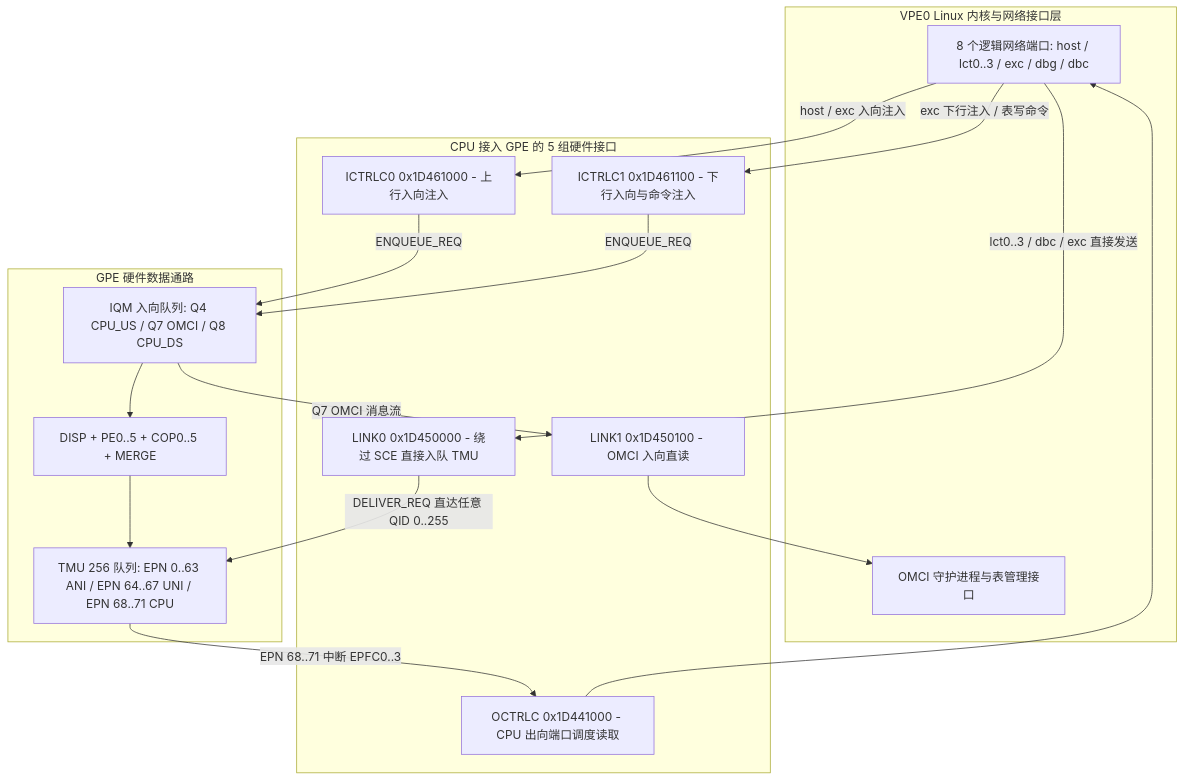
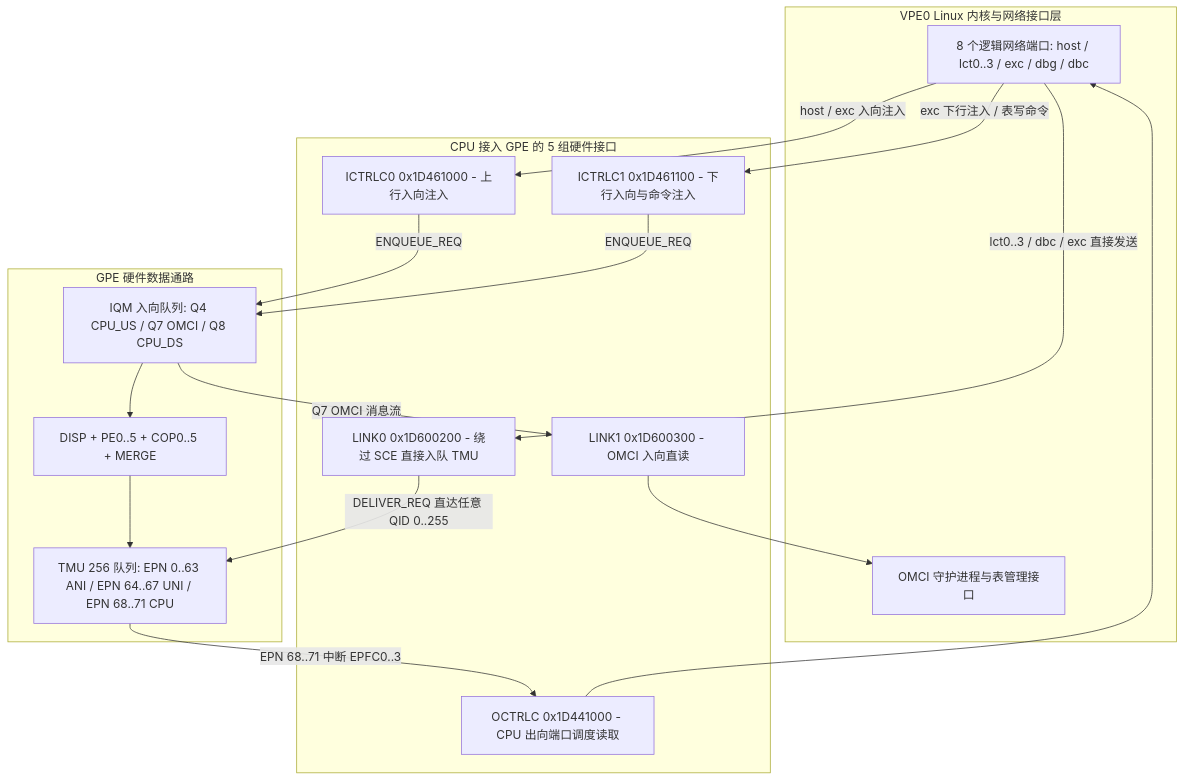
The fourth of 5 diagrams in 08_data_flow/05_cpu_tap_and_mgmt_path.md (difanz/lantiq-falcon-s-docs), drawn with Mermaid before and after one commit. The commit also changed other lines of this file and 52 other files, not shown here.

````diff
--- a/08_data_flow/05_cpu_tap_and_mgmt_path.md
+++ b/08_data_flow/05_cpu_tap_and_mgmt_path.md
@@ -176,31 +176,31 @@
 ```mermaid
 flowchart TD
     subgraph CPU_HOST["VPE0 Linux 内核与网络接口层"]
         NETDEV["8 个逻辑网络端口: host / lct0..3 / exc / dbg / dbc"]
         OMCI_APP["OMCI 守护进程与表管理接口"]
     end
 
     subgraph CPU_HW_IF["CPU 接入 GPE 的 5 组硬件接口"]
         ICTRLC0["ICTRLC0 0x1D461000 - 上行入向注入"]
         ICTRLC1["ICTRLC1 0x1D461100 - 下行入向与命令注入"]
-        LINK0["LINK0 0x1D450000 - 绕过 SCE 直接入队 TMU"]
-        LINK1["LINK1 0x1D450100 - OMCI 入向直读"]
+        LINK0["LINK0 0x1D600200 - 绕过 SCE 直接入队 TMU"]
+        LINK1["LINK1 0x1D600300 - OMCI 入向直读"]
         OCTRLC["OCTRLC 0x1D441000 - CPU 出向端口调度读取"]
     end
 
     subgraph GPE_CORE["GPE 硬件数据通路"]
         IQM_BLK["IQM 入向队列: Q4 CPU_US / Q7 OMCI / Q8 CPU_DS"]
         SCE_BLK["DISP + PE0..5 + COP0..5 + MERGE"]
         TMU_BLK["TMU 256 队列: EPN 0..63 ANI / EPN 64..67 UNI / EPN 68..71 CPU"]
     end
 
     NETDEV -->|host / exc 入向注入| ICTRLC0
     NETDEV -->|exc 下行注入 / 表写命令| ICTRLC1
     NETDEV -->|lct0..3 / dbc / exc 直接发送| LINK0
     ICTRLC0 -->|ENQUEUE_REQ| IQM_BLK
     ICTRLC1 -->|ENQUEUE_REQ| IQM_BLK
     IQM_BLK --> SCE_BLK --> TMU_BLK
     LINK0 -->|DELIVER_REQ 直达任意 QID 0..255| TMU_BLK
     IQM_BLK -->|Q7 OMCI 消息流| LINK1 --> OMCI_APP
     TMU_BLK -->|EPN 68..71 中断 EPFC0..3| OCTRLC --> NETDEV
 ```
````
